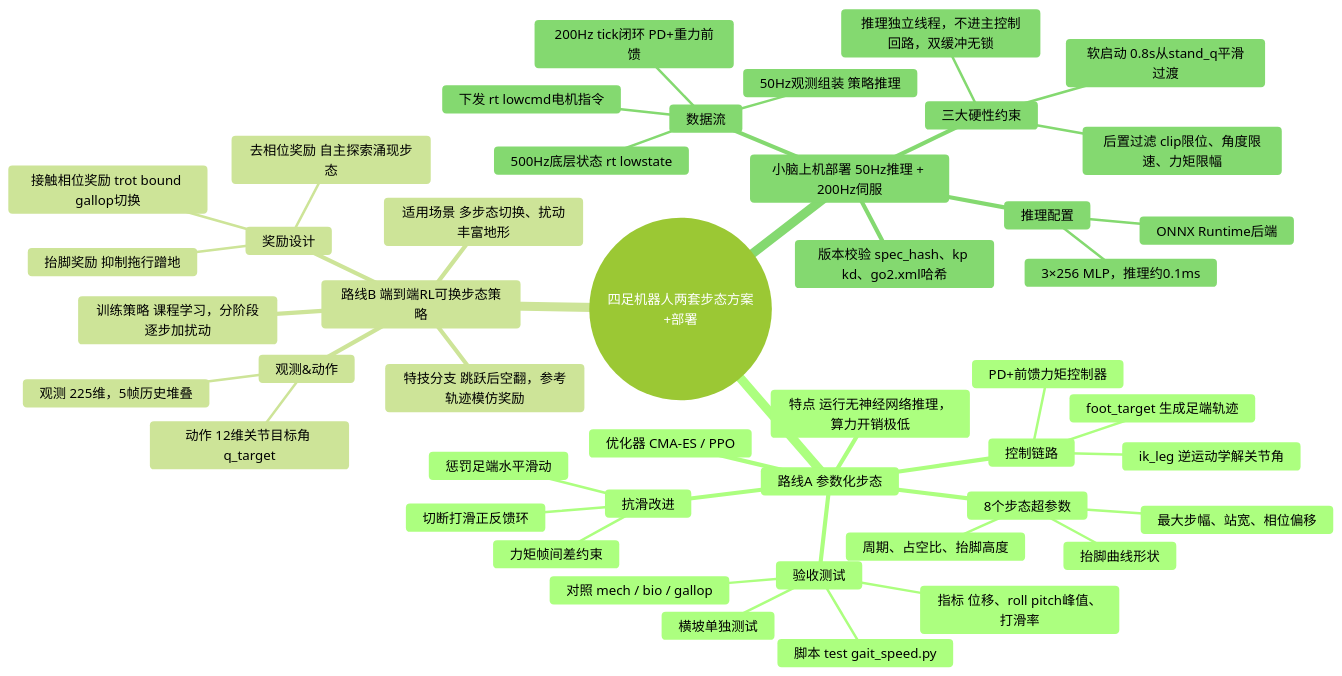
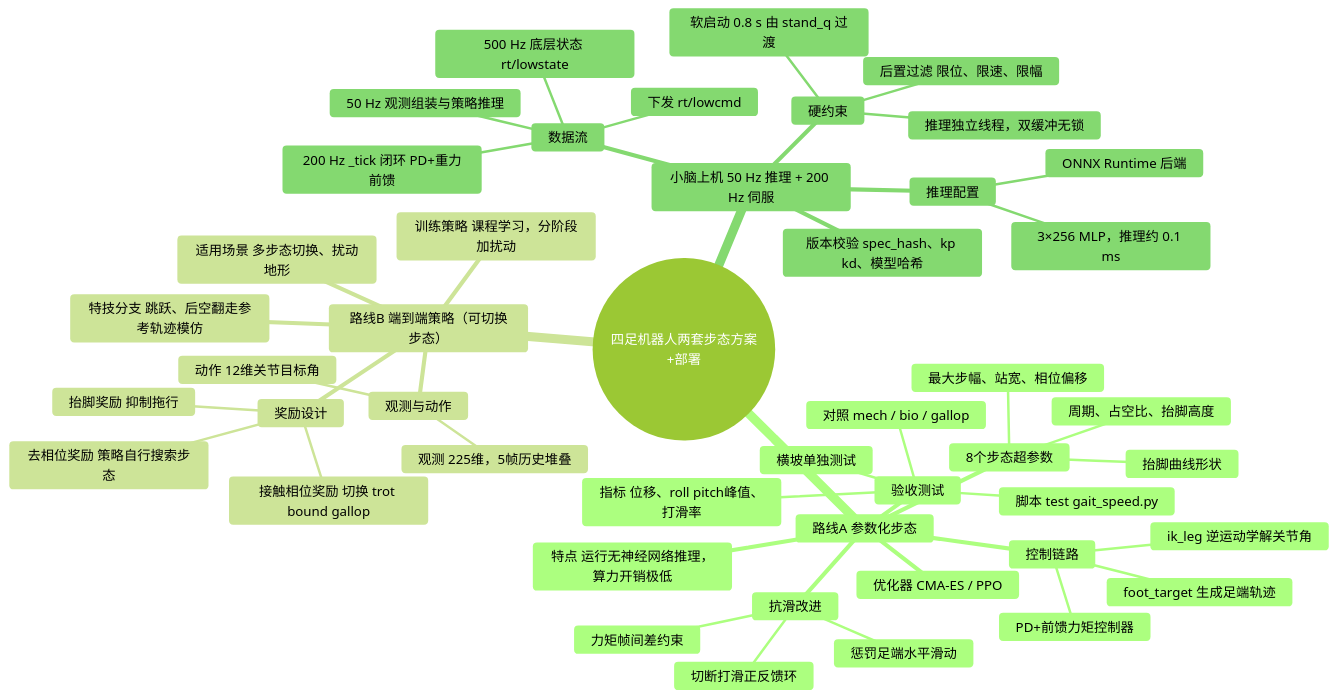
One commit to cixiy1/Yuki-Blog changed the diagram in src/content/posts/go2-rl-cerebellum.md. Above: the diagram before and after it, drawn with Mermaid (forest theme). The commit also changed other lines of this file, not shown here.

````diff
--- a/src/content/posts/go2-rl-cerebellum.md
+++ b/src/content/posts/go2-rl-cerebellum.md
@@ -174,49 +178,49 @@
 ```mermaid
 mindmap
   root((四足机器人两套步态方案+部署))
     路线A 参数化步态
       8个步态超参数
         周期、占空比、抬脚高度
         最大步幅、站宽、相位偏移
         抬脚曲线形状
       优化器 CMA-ES / PPO
       控制链路
         foot_target 生成足端轨迹
         ik_leg 逆运动学解关节角
         PD+前馈力矩控制器
       抗滑改进
         切断打滑正反馈环
         惩罚足端水平滑动
         力矩帧间差约束
       验收测试
         脚本 test gait_speed.py
         指标 位移、roll pitch峰值、打滑率
         对照 mech / bio / gallop
         横坡单独测试
       特点 运行无神经网络推理，算力开销极低
-    路线B 端到端RL可换步态策略
-      观测&动作
+    路线B 端到端策略（可切换步态）
+      观测与动作
         观测 225维，5帧历史堆叠
-        动作 12维关节目标角 q_target
+        动作 12维关节目标角
       奖励设计
-        抬脚奖励 抑制拖行蹭地
-        接触相位奖励 trot bound gallop切换
-        去相位奖励 自主探索涌现步态
-      训练策略 课程学习，分阶段逐步加扰动
-      特技分支 跳跃后空翻，参考轨迹模仿奖励
-      适用场景 多步态切换、扰动丰富地形
-    小脑上机部署 50Hz推理 + 200Hz伺服
+        抬脚奖励 抑制拖行
+        接触相位奖励 切换 trot bound gallop
+        去相位奖励 策略自行搜索步态
+      训练策略 课程学习，分阶段加扰动
+      特技分支 跳跃、后空翻走参考轨迹模仿
+      适用场景 多步态切换、扰动地形
+    小脑上机 50 Hz 推理 + 200 Hz 伺服
       数据流
-        500Hz底层状态 rt lowstate
-        50Hz观测组装 策略推理
-        200Hz tick闭环 PD+重力前馈
-        下发 rt lowcmd电机指令
-      三大硬性约束
-        推理独立线程，不进主控制回路，双缓冲无锁
-        软启动 0.8s从stand_q平滑过渡
-        后置过滤 clip限位、角度限速、力矩限幅
+        500 Hz 底层状态 rt/lowstate
+        50 Hz 观测组装与策略推理
+        200 Hz _tick 闭环 PD+重力前馈
+        下发 rt/lowcmd
+      硬约束
+        推理独立线程，双缓冲无锁
+        软启动 0.8 s 由 stand_q 过渡
+        后置过滤 限位、限速、限幅
       推理配置
-        ONNX Runtime后端
-        3×256 MLP，推理约0.1ms
-      版本校验 spec_hash、kp kd、go2.xml哈希
+        ONNX Runtime 后端
+        3×256 MLP，推理约 0.1 ms
+      版本校验 spec_hash、kp kd、模型哈希
 ```
````
